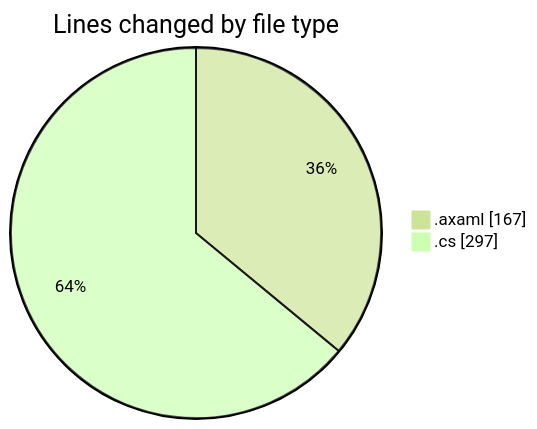
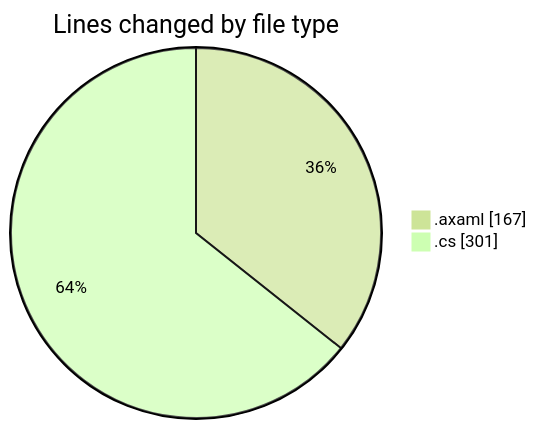
Before and after one commit to Netris89/code-tracking: the first of 2 diagrams in 2025-10-30/skintrack/README.md, drawn with Mermaid (forest theme). The commit also changed other lines of this file and 1 other file, not shown here.

````diff
--- a/2025-10-30/skintrack/README.md
+++ b/2025-10-30/skintrack/README.md
@@ -27,6 +27,6 @@
 ```mermaid
 pie showData
 title Lines changed by file type
 ".axaml" : 167
-".cs" : 297
+".cs" : 301
 ```
````
